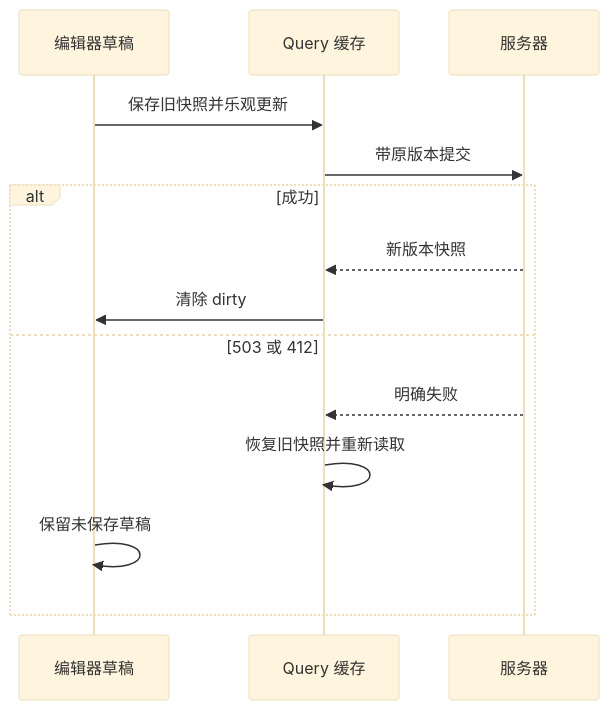
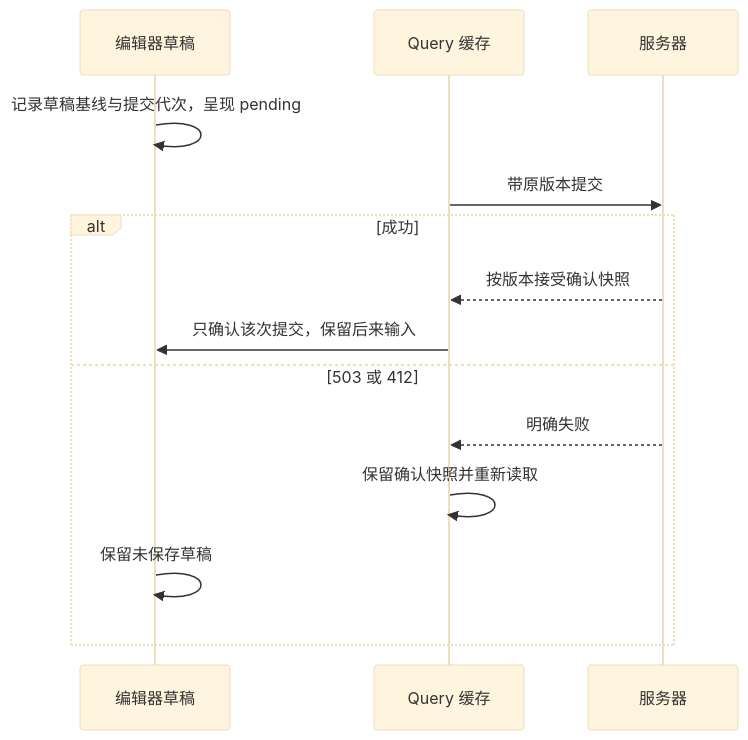
Before and after one commit to miku-wwl/echocase: the diagram in manual/chapters/12-server-state.md, drawn with Mermaid (base theme). The commit also changed other lines of this file and 110 other files, not shown here.

````diff
--- a/manual/chapters/12-server-state.md
+++ b/manual/chapters/12-server-state.md
@@ -17,16 +17,16 @@
 ```mermaid
 sequenceDiagram
     participant E as 编辑器草稿
     participant Q as Query 缓存
     participant S as 服务器
-    E->>Q: 保存旧快照并乐观更新
+    E->>E: 记录草稿基线与提交代次，呈现 pending
     Q->>S: 带原版本提交
     alt 成功
-      S-->>Q: 新版本快照
-      Q->>E: 清除 dirty
+      S-->>Q: 按版本接受确认快照
+      Q->>E: 只确认该次提交，保留后来输入
     else 503 或 412
       S-->>Q: 明确失败
-      Q->>Q: 恢复旧快照并重新读取
+      Q->>Q: 保留确认快照并重新读取
       E->>E: 保留未保存草稿
     end
 ```
````
